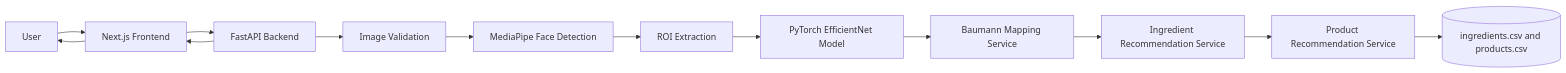
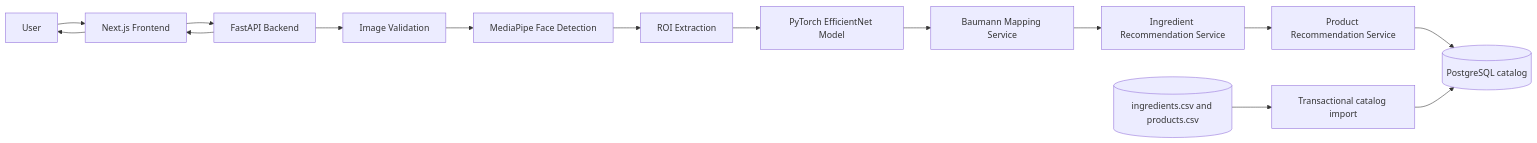
The fourth of 6 diagrams in PRDv2.md (alzamzann/skin-analyzer-web-app), drawn with Mermaid before and after one commit. The commit also changed other lines of this file and 23 other files, not shown here.

Commit message:
Migrate catalog storage to PostgreSQL

````diff
--- a/PRDv2.md
+++ b/PRDv2.md
@@ -396,15 +399,17 @@
 ```mermaid
 flowchart LR
     U[User] --> FE[Next.js Frontend]
     FE --> API[FastAPI Backend]
     API --> IMG[Image Validation]
     IMG --> MP[MediaPipe Face Detection]
     MP --> ROI[ROI Extraction]
     ROI --> MODEL[PyTorch EfficientNet Model]
     MODEL --> MAP[Baumann Mapping Service]
     MAP --> ING[Ingredient Recommendation Service]
     ING --> PROD[Product Recommendation Service]
-    PROD --> CSV[(ingredients.csv and products.csv)]
+    PROD --> DB[(PostgreSQL catalog)]
+    CSV[(ingredients.csv and products.csv)] --> IMPORT[Transactional catalog import]
+    IMPORT --> DB
     API --> FE
     FE --> U
 ```
````
